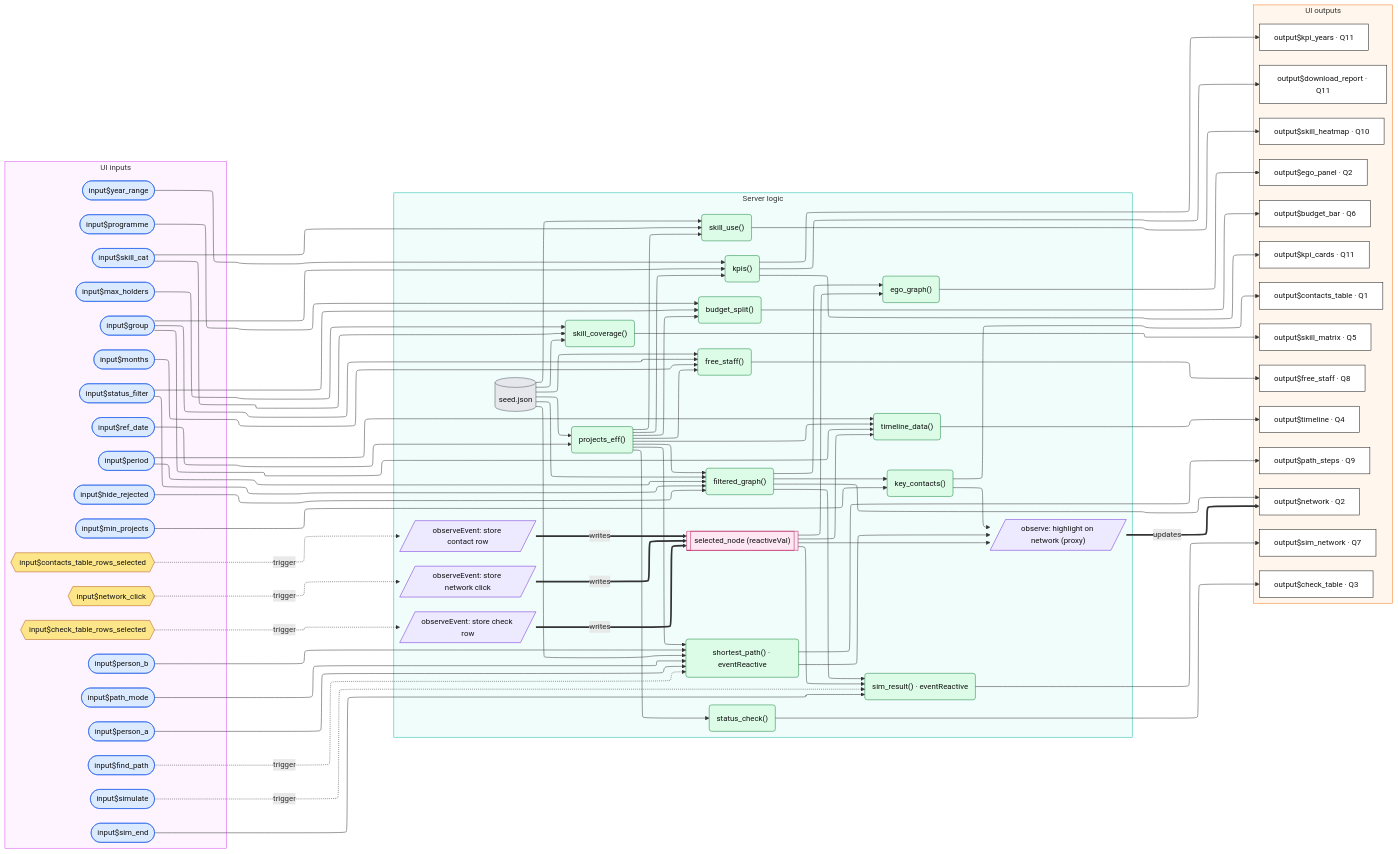
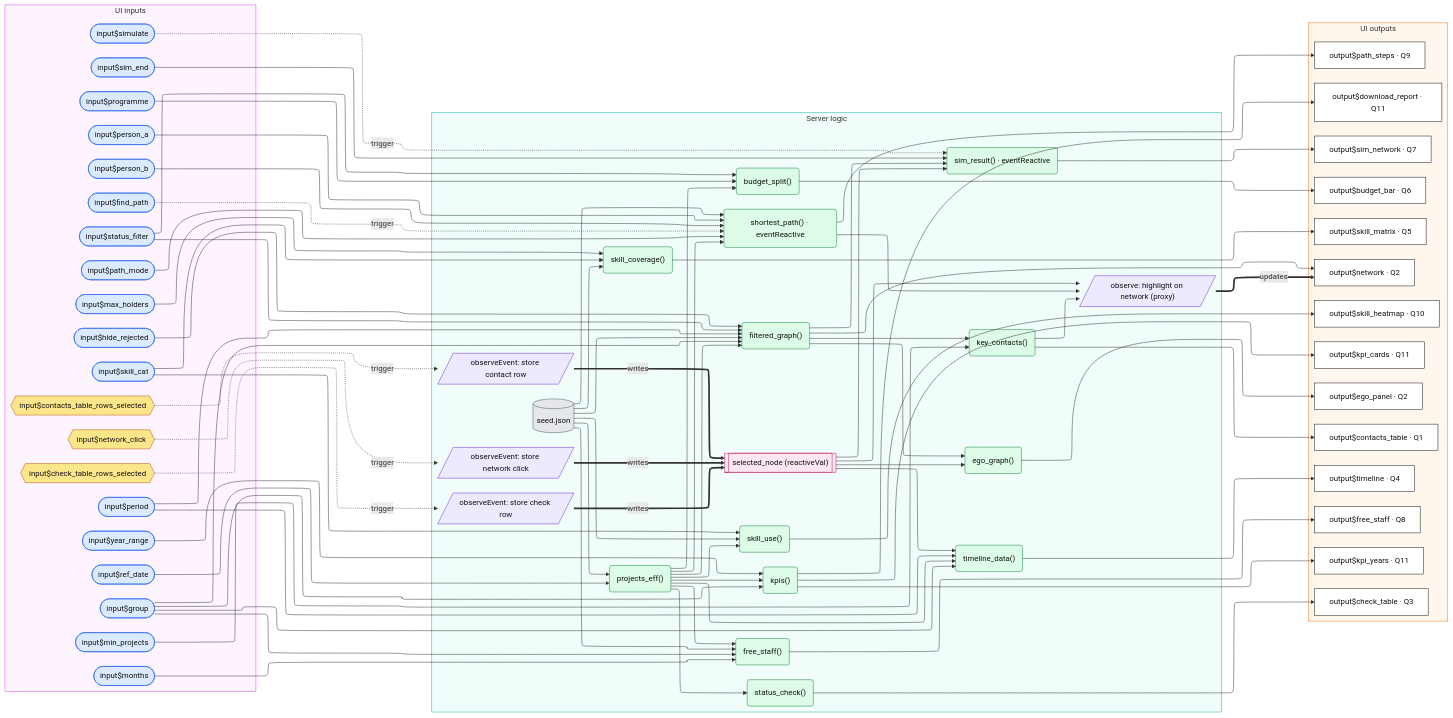
Before and after one commit to Patrick-Ngibuini/Organisational-dashboard-R3: the diagram in docs/app_diagram.mmd, drawn with Mermaid. The commit also changed 3 other files, not shown here.

Commit message:
Add group filtering to graph construction and update related tests

```diff
--- a/docs/app_diagram.mmd
+++ b/docs/app_diagram.mmd
@@ -1,176 +1,177 @@
 ---
 config:
   layout: elk
 ---
 flowchart LR
   subgraph UI_IN["UI inputs"]
     I_ref(["input$ref_date"])
     I_rej(["input$hide_rejected"])
     I_stat(["input$status_filter"])
     I_per(["input$period"])
     I_grp(["input$group"])
     I_minp(["input$min_projects"])
     I_cat(["input$skill_cat"])
     I_maxh(["input$max_holders"])
     I_prog(["input$programme"])
     I_send(["input$sim_end"])
     I_sim(["input$simulate"])
     I_mon(["input$months"])
     I_pa(["input$person_a"])
     I_pb(["input$person_b"])
     I_mode(["input$path_mode"])
     I_find(["input$find_path"])
     I_yr(["input$year_range"])
     E_net{{"input$network_click"}}
     E_ct{{"input$contacts_table_rows_selected"}}
     E_ck{{"input$check_table_rows_selected"}}
   end
 
   subgraph SERVER["Server logic"]
     D_seed[("seed.json")]
     R_eff("projects_eff()")
     R_fg("filtered_graph()")
     O_net[/"observeEvent: store network click"/]
     O_ct[/"observeEvent: store contact row"/]
     O_ck[/"observeEvent: store check row"/]
     S_sel[["selected_node (reactiveVal)"]]
     O_hl[/"observe: highlight on network (proxy)"/]
     R_kc("key_contacts()")
     R_ego("ego_graph()")
     R_chk("status_check()")
     R_tl("timeline_data()")
     R_sk("skill_coverage()")
     R_bud("budget_split()")
     R_sim("sim_result() · eventReactive")
     R_free("free_staff()")
     R_path("shortest_path() · eventReactive")
     R_use("skill_use()")
     R_kpi("kpis()")
   end
 
   subgraph UI_OUT["UI outputs"]
     P_net["output$network · Q2"]
     P_ego["output$ego_panel · Q2"]
     P_ct["output$contacts_table · Q1"]
     P_ck["output$check_table · Q3"]
     P_tl["output$timeline · Q4"]
     P_sk["output$skill_matrix · Q5"]
     P_bud["output$budget_bar · Q6"]
     P_sim["output$sim_network · Q7"]
     P_free["output$free_staff · Q8"]
     P_path["output$path_steps · Q9"]
     P_use["output$skill_heatmap · Q10"]
     P_kpi["output$kpi_cards · Q11"]
     P_yrs["output$kpi_years · Q11"]
     P_dl["output$download_report · Q11"]
   end
 
   %% shared backbone
   D_seed --> R_eff
   I_ref --> R_eff
   D_seed --> R_fg
   R_eff --> R_fg
   I_rej --> R_fg
   I_stat --> R_fg
   I_per --> R_fg
+  I_grp --> R_fg
   R_fg --> P_net
 
   %% shared selection (events -> observers -> state)
   E_net -.->|trigger| O_net
   E_ct -.->|trigger| O_ct
   E_ck -.->|trigger| O_ck
   O_net ==>|writes| S_sel
   O_ct ==>|writes| S_sel
   O_ck ==>|writes| S_sel
   S_sel --> O_hl
   R_kc --> O_hl
   R_path --> O_hl
   O_hl ==>|updates| P_net
 
   %% Q1 key contacts
   R_fg --> R_kc
   I_minp --> R_kc
   R_kc --> P_ct
 
   %% Q2 company ego network
   R_fg --> R_ego
   S_sel --> R_ego
   R_ego --> P_ego
 
   %% Q3 status check
   R_eff --> R_chk
   R_chk --> P_ck
 
   %% Q4 timeline
   R_eff --> R_tl
   I_grp --> R_tl
   I_per --> R_tl
   S_sel --> R_tl
   R_tl --> P_tl
 
   %% Q5 rare skills
   D_seed --> R_sk
   I_cat --> R_sk
   I_maxh --> R_sk
   R_sk --> P_sk
 
   %% Q6 budget split
   R_eff --> R_bud
   I_prog --> R_bud
   I_stat --> R_bud
   R_bud --> P_bud
 
   %% Q7 what-if: project ends
   I_sim -.->|trigger| R_sim
   R_fg --> R_sim
   S_sel --> R_sim
   I_send --> R_sim
   R_sim --> P_sim
 
   %% Q8 staff available
   D_seed --> R_free
   R_eff --> R_free
   I_grp --> R_free
   I_mon --> R_free
   R_free --> P_free
 
   %% Q9 shortest path
   I_find -.->|trigger| R_path
   D_seed --> R_path
   R_eff --> R_path
   I_pa --> R_path
   I_pb --> R_path
   I_mode --> R_path
   R_path --> P_path
 
   %% Q10 skills on running projects
   D_seed --> R_use
   R_eff --> R_use
   I_cat --> R_use
   R_use --> P_use
 
   %% Q11 KPIs + export
   R_eff --> R_kpi
   I_grp --> R_kpi
   I_yr --> R_kpi
   R_kpi --> P_kpi
   R_kpi --> P_yrs
   R_kpi --> P_dl
 
   classDef widget fill:#dbeafe,stroke:#2563eb,color:#111
   classDef event fill:#fde68a,stroke:#b45309,color:#111
   classDef data fill:#e5e7eb,stroke:#4b5563,color:#111
   classDef conductor fill:#dcfce7,stroke:#15803d,color:#111
   classDef observer fill:#ede9fe,stroke:#6d28d9,color:#111
   classDef state fill:#fce7f3,stroke:#be185d,color:#111
   classDef output fill:#ffffff,stroke:#111,color:#111
   class I_ref,I_rej,I_stat,I_per,I_grp,I_minp,I_cat,I_maxh,I_prog,I_send,I_sim,I_mon,I_pa,I_pb,I_mode,I_find,I_yr widget
   class E_net,E_ct,E_ck event
   class D_seed data
   class R_eff,R_fg,R_kc,R_ego,R_chk,R_tl,R_sk,R_bud,R_sim,R_free,R_path,R_use,R_kpi conductor
   class O_net,O_ct,O_ck,O_hl observer
   class S_sel state
   class P_net,P_ego,P_ct,P_ck,P_tl,P_sk,P_bud,P_sim,P_free,P_path,P_use,P_kpi,P_yrs,P_dl output
   style UI_IN fill:#fdf4ff,stroke:#d946ef
   style SERVER fill:#f0fdfa,stroke:#14b8a6
   style UI_OUT fill:#fff7ed,stroke:#f97316
```
